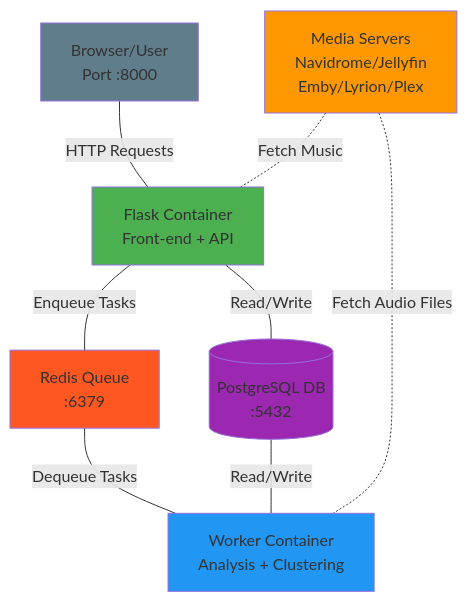
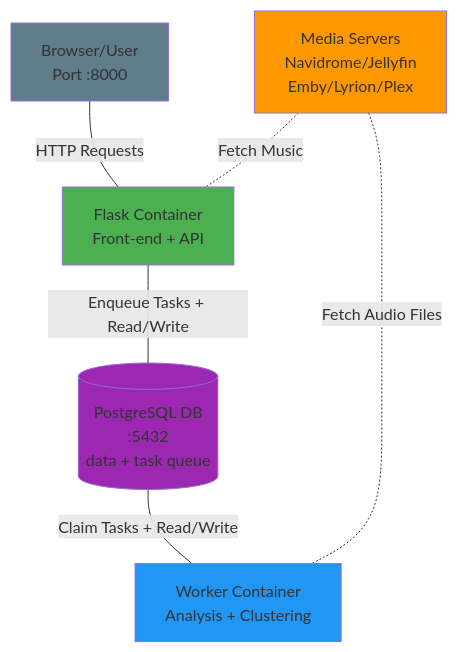
One commit to NeptuneHub/AudioMuse-AI changed the diagram in docs/ARCHITECTURE.md. Above: the diagram before and after it, drawn with Mermaid. The commit also changed other lines of this file and 207 other files, not shown here.

Commit message:
QUEUE ON DATABASE: Removing Redis and RQ

````diff
--- a/docs/ARCHITECTURE.md
+++ b/docs/ARCHITECTURE.md
@@ -11,20 +11,17 @@
 ```mermaid
 graph TB
     User[Browser/User<br/>Port :8000] ---|HTTP Requests| Flask[Flask Container<br/>Front-end + API]
     
-    Flask ---|Enqueue Tasks| Redis[Redis Queue<br/>:6379]
-    Flask ---|Read/Write| PostgreSQL[(PostgreSQL DB<br/>:5432)]
+    Flask ---|Enqueue Tasks + Read/Write| PostgreSQL[(PostgreSQL DB<br/>:5432<br/>data + task queue)]
     
-    Redis ---|Dequeue Tasks| Worker[Worker Container<br/>Analysis + Clustering]
-    PostgreSQL ---|Read/Write| Worker
+    PostgreSQL ---|Claim Tasks + Read/Write| Worker[Worker Container<br/>Analysis + Clustering]
     
     MediaServer[Media Servers<br/>Navidrome/Jellyfin<br/>Emby/Lyrion/Plex] -.-|Fetch Music| Flask
     MediaServer -.-|Fetch Audio Files| Worker
     
     style User fill:#607D8B
     style Flask fill:#4CAF50
-    style Redis fill:#FF5722
     style PostgreSQL fill:#9C27B0
     style Worker fill:#2196F3
     style MediaServer fill:#FF9800
 ```
````
